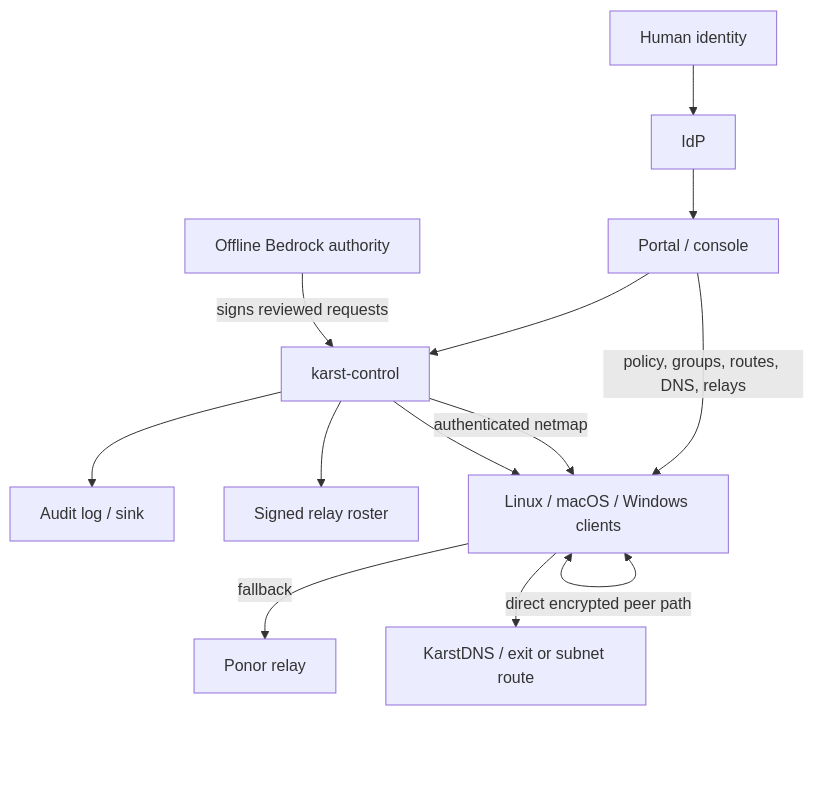
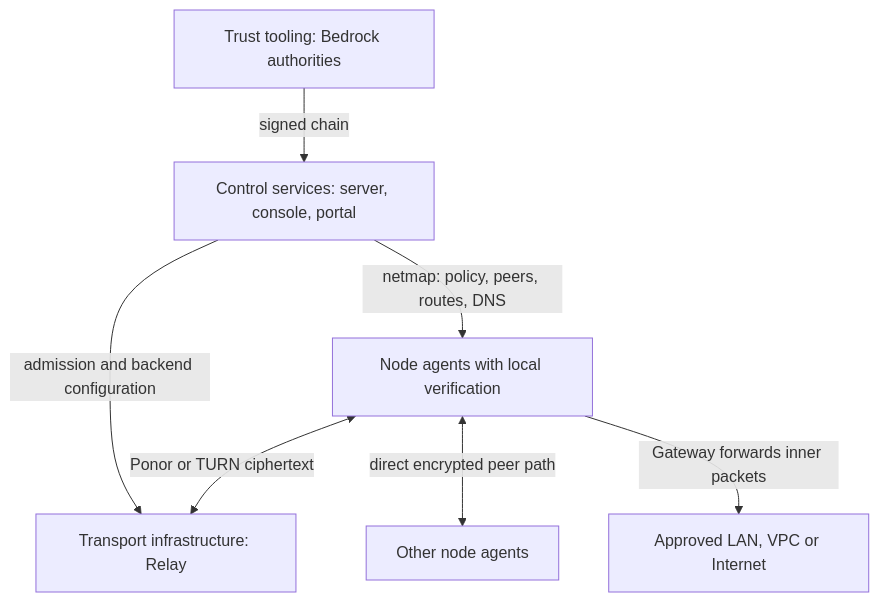
One commit to karst-net/karst changed the diagram in docs/USE-CASE-ANALYSIS.md. Above: the diagram before and after it, drawn with Mermaid. The commit also changed other lines of this file and 21 other files, not shown here.

Commit message:
docs: unify component families, Gateway and Relay roles (#403)

````diff
--- a/docs/USE-CASE-ANALYSIS.md
+++ b/docs/USE-CASE-ANALYSIS.md
@@ -38,12 +37,9 @@
 ```mermaid
 flowchart TD
-    Human[Human identity] --> IdP --> Portal[Portal / console] --> Control[karst-control] --> Audit[Audit log / sink]
-    Control --> Roster[Signed relay roster]
-    Portal -->|policy, groups, routes, DNS, relays| Clients[Linux / macOS / Windows clients]
-    Control -->|authenticated netmap| Clients
-    Clients -->|fallback| Relay[Ponor relay]
-    Clients <-->|direct encrypted peer path| Clients
-    Clients --> Routing[KarstDNS / exit or subnet route]
-    Bedrock[Offline Bedrock authority] -->|signs reviewed requests| Control
-    Control --> Clients
+    Trust["Trust tooling: Bedrock authorities"] -->|signed chain| Control["Control services: server, console, portal"]
+    Control -->|netmap: policy, peers, routes, DNS| Clients["Node agents with local verification"]
+    Control -->|admission and backend configuration| Relay["Transport infrastructure: Relay"]
+    Clients <-->|Ponor or TURN ciphertext| Relay
+    Clients <-->|direct encrypted peer path| Peers["Other node agents"]
+    Clients -->|Gateway forwards inner packets| Network["Approved LAN, VPC or Internet"]
 ```
````
